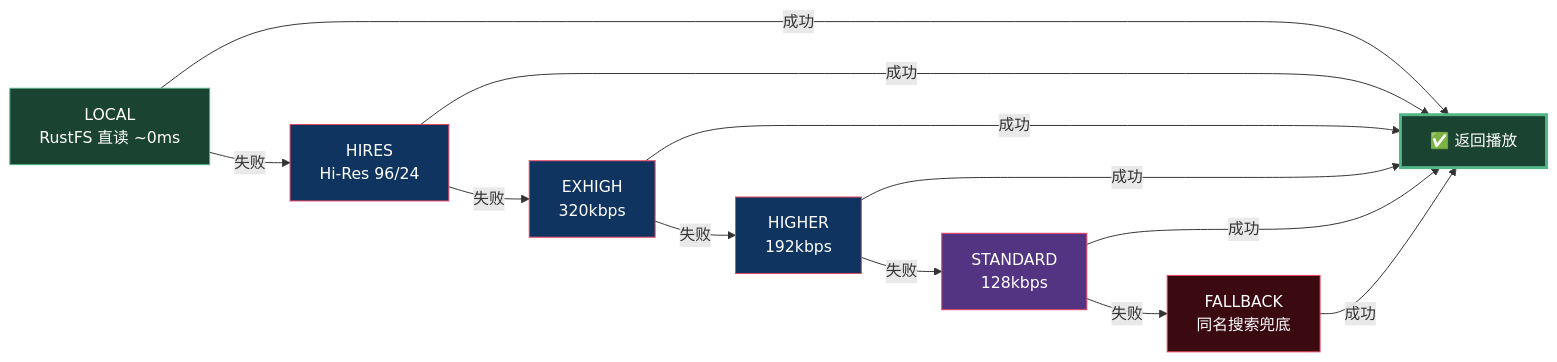
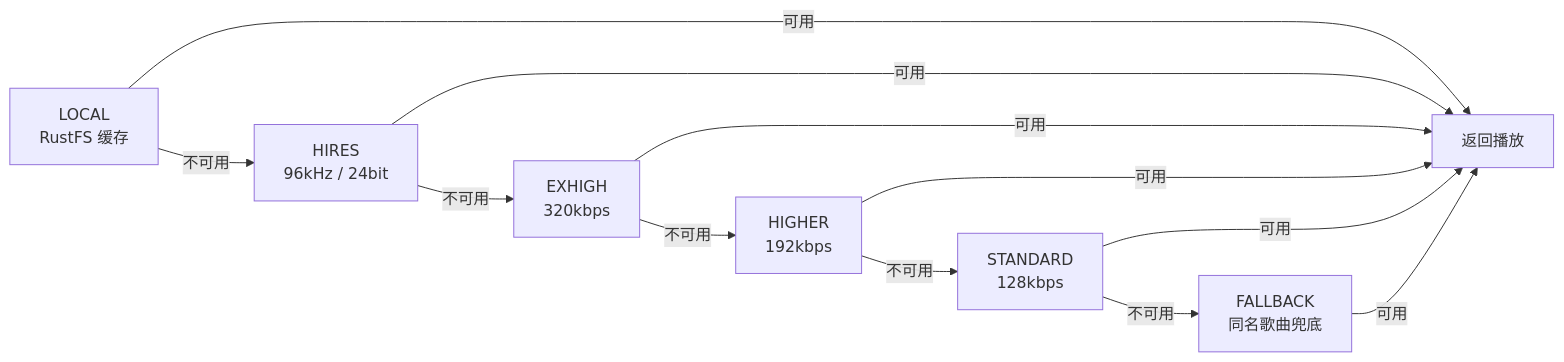
One commit to chunren1/vibeMusic changed the fourth of 4 diagrams in README.md. Above: the diagram before and after it, drawn with Mermaid. The commit also changed other lines of this file, not shown here.

Commit message:
优化 Mermaid 图: 简化样式, 去除AI感, 架构图改LR布局避免线交叉

````diff
--- a/README.md
+++ b/README.md
@@ -252,31 +190,24 @@
 ```mermaid
 flowchart LR
     L0["LOCAL
-    RustFS 直读 ~0ms"]
+    RustFS 缓存"]
     L1["HIRES
-    Hi-Res 96/24"]
+    96kHz / 24bit"]
     L2["EXHIGH
     320kbps"]
     L3["HIGHER
     192kbps"]
     L4["STANDARD
     128kbps"]
     L5["FALLBACK
-    同名搜索兜底"]
+    同名歌曲兜底"]
+    DONE["返回播放"]
 
-    L0 -->|失败| L1 -->|失败| L2 -->|失败| L3 -->|失败| L4 -->|失败| L5
-    L0 -->|成功| DONE["✅ 返回播放"]
-    L1 -->|成功| DONE
-    L2 -->|成功| DONE
-    L3 -->|成功| DONE
-    L4 -->|成功| DONE
-    L5 -->|成功| DONE
-
-    style L0 fill:#1b4332,stroke:#52b788,color:#fff
-    style L1 fill:#0f3460,stroke:#e94560,color:#fff
-    style L2 fill:#0f3460,stroke:#e94560,color:#fff
-    style L3 fill:#0f3460,stroke:#e94560,color:#fff
-    style L4 fill:#533483,stroke:#e94560,color:#fff
-    style L5 fill:#3b0a11,stroke:#e94560,color:#fff
-    style DONE fill:#1b4332,stroke:#52b788,color:#fff,stroke-width:3px
+    L0 -->|不可用| L1 -->|不可用| L2 -->|不可用| L3 -->|不可用| L4 -->|不可用| L5
+    L0 -->|可用| DONE
+    L1 -->|可用| DONE
+    L2 -->|可用| DONE
+    L3 -->|可用| DONE
+    L4 -->|可用| DONE
+    L5 -->|可用| DONE
 ```
````
